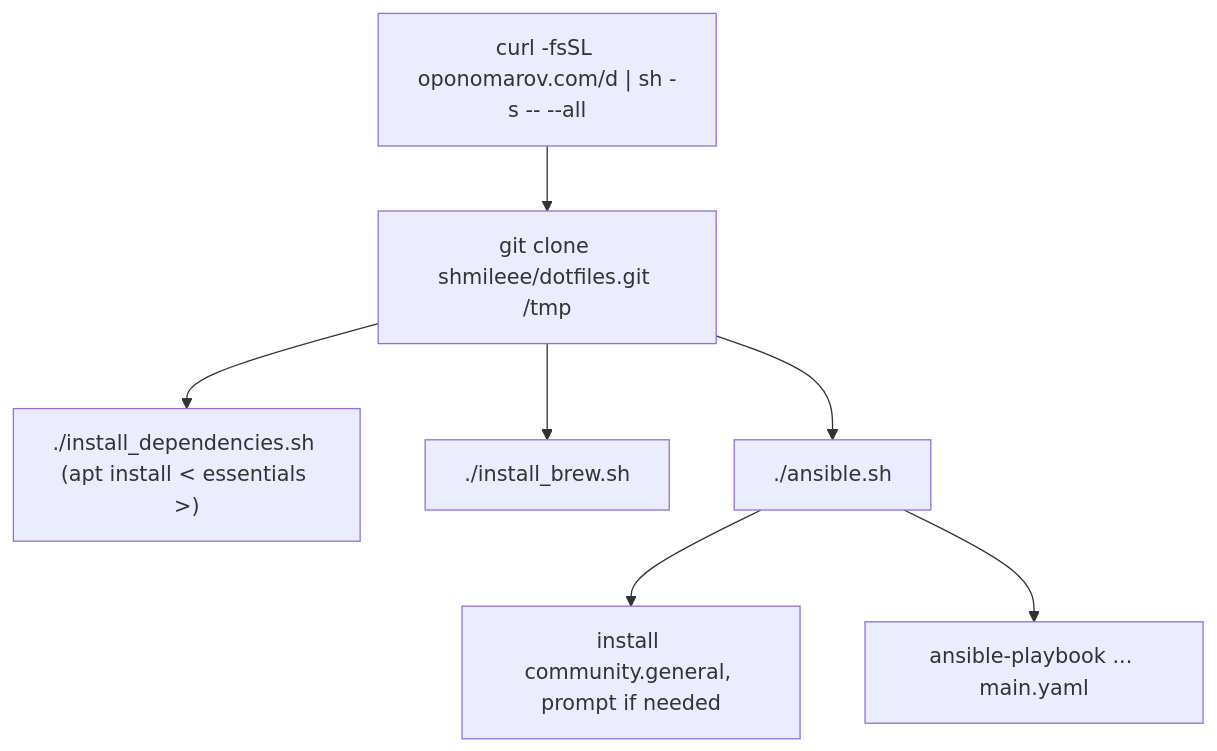
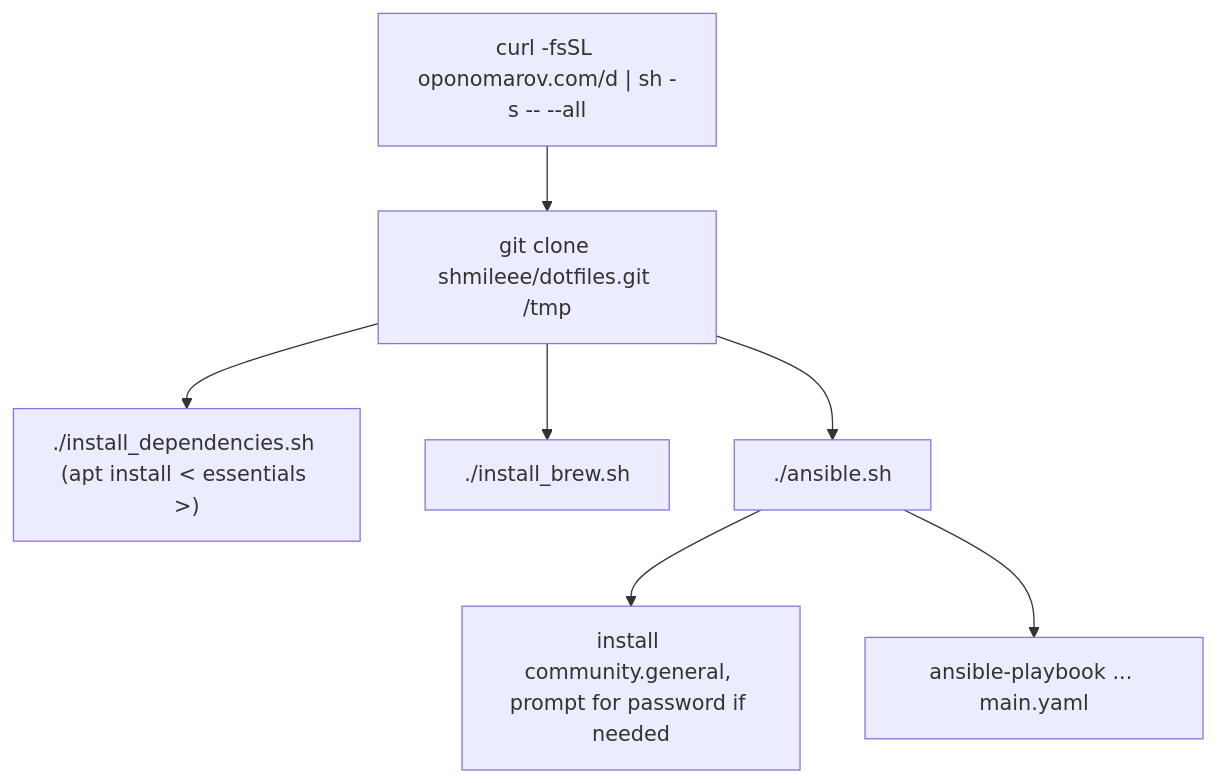
One commit to shmileee/dotfiles changed the diagram in docs/index.md. Above: the diagram before and after it, drawn with Mermaid. The commit also changed 3 other files, not shown here.

````diff
--- a/docs/index.md
+++ b/docs/index.md
@@ -49,12 +49,12 @@
 ```mermaid
 flowchart TD
     A["curl -fsSL oponomarov.com/d | sh -s -- --all"]
     A --> B["git clone shmileee/dotfiles.git /tmp"]
 
     B --> C["./install_dependencies.sh (apt install < essentials >)"]
     B --> D["./install_brew.sh"]
 
     B --> E["./ansible.sh"]
-    E --> F["install community.general, prompt if needed"]
+    E --> F["install community.general, prompt for password if needed"]
     E --> G["ansible-playbook ... main.yaml"]
 ```
````
